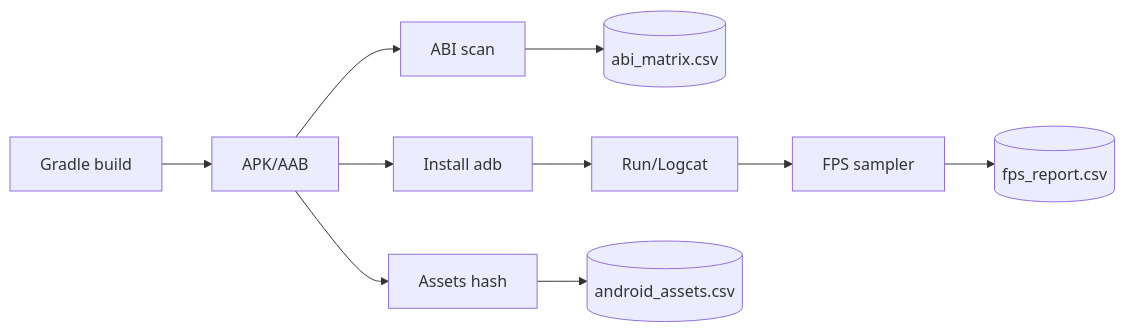
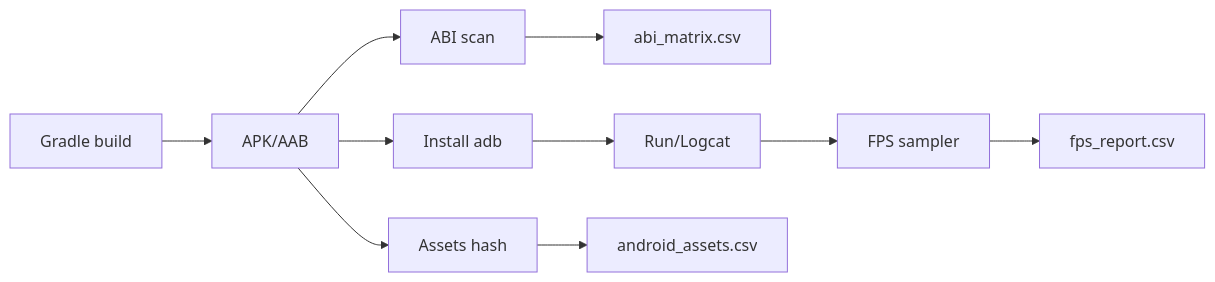
The first of 2 diagrams in docs/authoring/_sources/chapter_14_android_docs_export_kit_authoring_agent_ready.md (lukaszj321/otcv8-dev), drawn with Mermaid before and after one commit. The commit also changed other lines of this file, not shown here.

Commit message:
Fix formatting in Android pipeline documentation

````diff
--- a/docs/authoring/_sources/chapter_14_android_docs_export_kit_authoring_agent_ready.md
+++ b/docs/authoring/_sources/chapter_14_android_docs_export_kit_authoring_agent_ready.md
@@ -286,12 +286,12 @@
 ```{mermaid}
-flowchart LR
+graph LR
   A[Gradle build] --> B[APK/AAB]
   B --> C[ABI scan]
-  C --> D[(abi_matrix.csv)]
+  C --> D[abi_matrix.csv]
   B --> E[Install adb]
   E --> F[Run/Logcat]
   F --> G[FPS sampler]
-  G --> H[(fps_report.csv)]
+  G --> H[fps_report.csv]
   B --> I[Assets hash]
-  I --> J[(android_assets.csv)]
+  I --> J[android_assets.csv]
 ```
````
